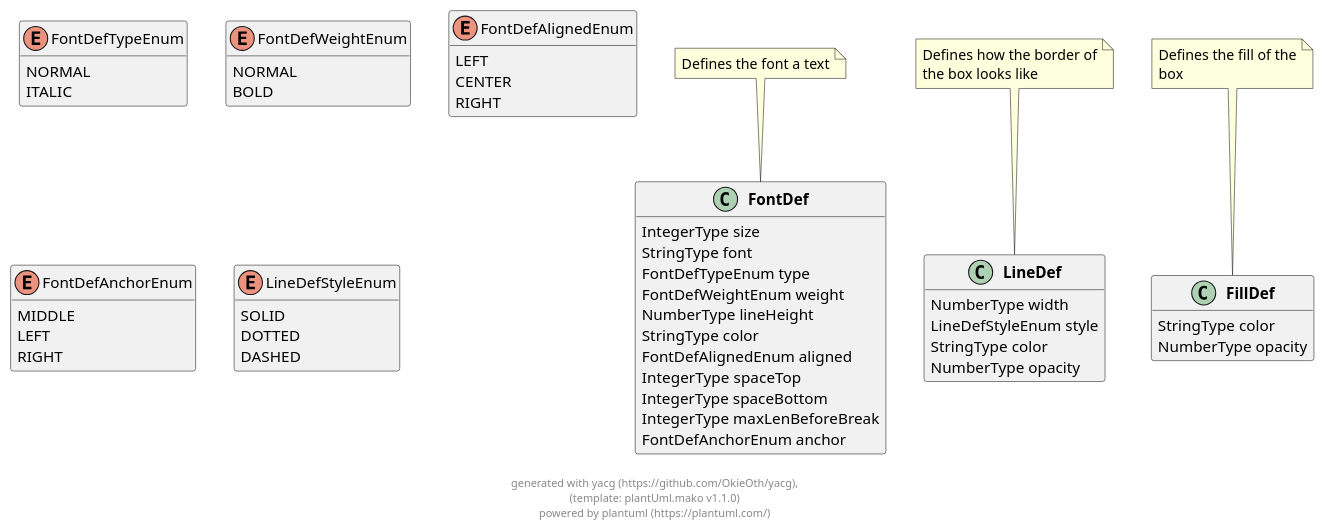
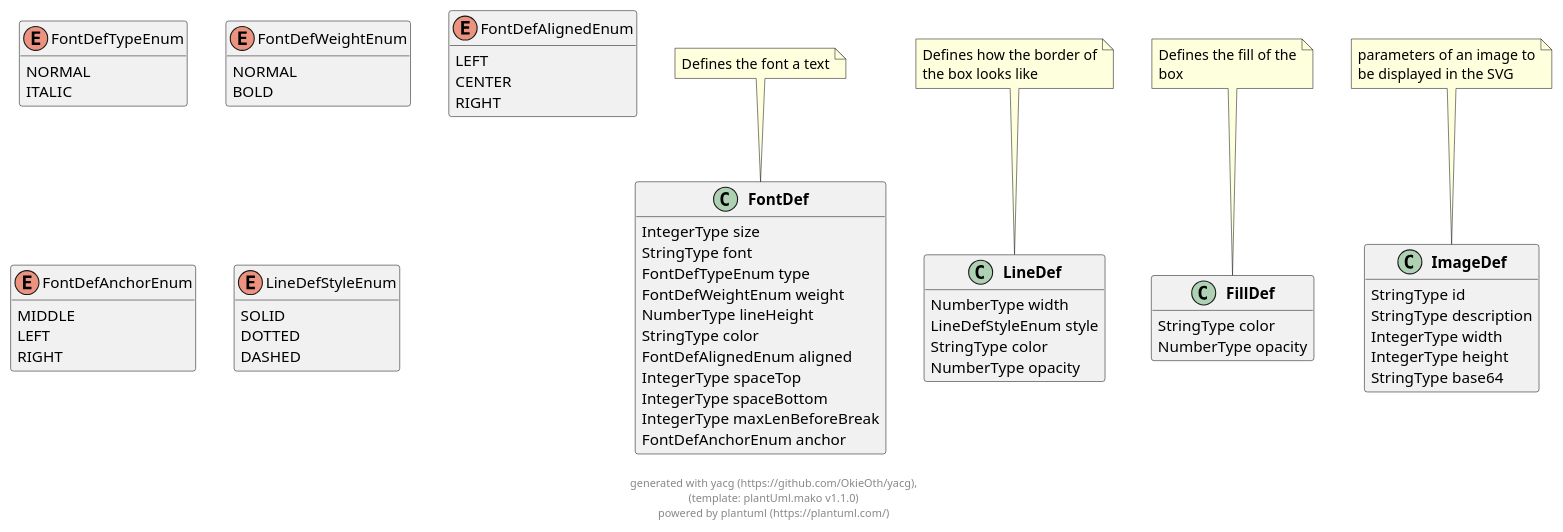
The diagram in docs/models/puml/ganttdoc.puml (OkieOth/draw.chart.things), drawn with PlantUML before and after one commit. The commit also changed 11 other files, not shown here.

```diff
--- a/docs/models/puml/ganttdoc.puml
+++ b/docs/models/puml/ganttdoc.puml
@@ -2,97 +2,114 @@
 @startuml
 hide empty methods
 hide empty fields
 
 
 class "**FontDef**" as FontDef {
         IntegerType size
         StringType font
         FontDefTypeEnum type
         FontDefWeightEnum weight
         NumberType lineHeight
         StringType color
         FontDefAlignedEnum aligned
         IntegerType spaceTop
         IntegerType spaceBottom
         IntegerType maxLenBeforeBreak
         FontDefAnchorEnum anchor
 }
 note top: Defines the font a text
 
  
 
 enum "FontDefTypeEnum" as FontDefTypeEnum {
     NORMAL
     ITALIC
 }
 
 enum "FontDefWeightEnum" as FontDefWeightEnum {
     NORMAL
     BOLD
 }
 
 enum "FontDefAlignedEnum" as FontDefAlignedEnum {
     LEFT
     CENTER
     RIGHT
 }
 
 enum "FontDefAnchorEnum" as FontDefAnchorEnum {
     MIDDLE
     LEFT
     RIGHT
 }
 
 class "**LineDef**" as LineDef {
         NumberType width
         LineDefStyleEnum style
         StringType color
         NumberType opacity
 }
 note top: Defines how the border of\nthe box looks like
 
  
 
 enum "LineDefStyleEnum" as LineDefStyleEnum {
     SOLID
     DOTTED
     DASHED
 }
 
 class "**FillDef**" as FillDef {
         StringType color
         NumberType opacity
 }
 note top: Defines the fill of the\nbox
 
  
 
+class "**ImageDef**" as ImageDef {
+        StringType id
+        StringType description
+        IntegerType width
+        IntegerType height
+        StringType base64
+}
+note top: parameters of an image to\nbe displayed in the SVG
+
+ 
+
 
     
 
 
 
 
 
 
 
 
 
 
 
     
     
     
     
     
 
 
 
 
     
     
 
 
+    
+
+
+
+
+
 
 footer \ngenerated with yacg (https://github.com/OkieOth/yacg),\n(template: plantUml.mako v1.1.0)\npowered by plantuml (https://plantuml.com/)
 @enduml
```
